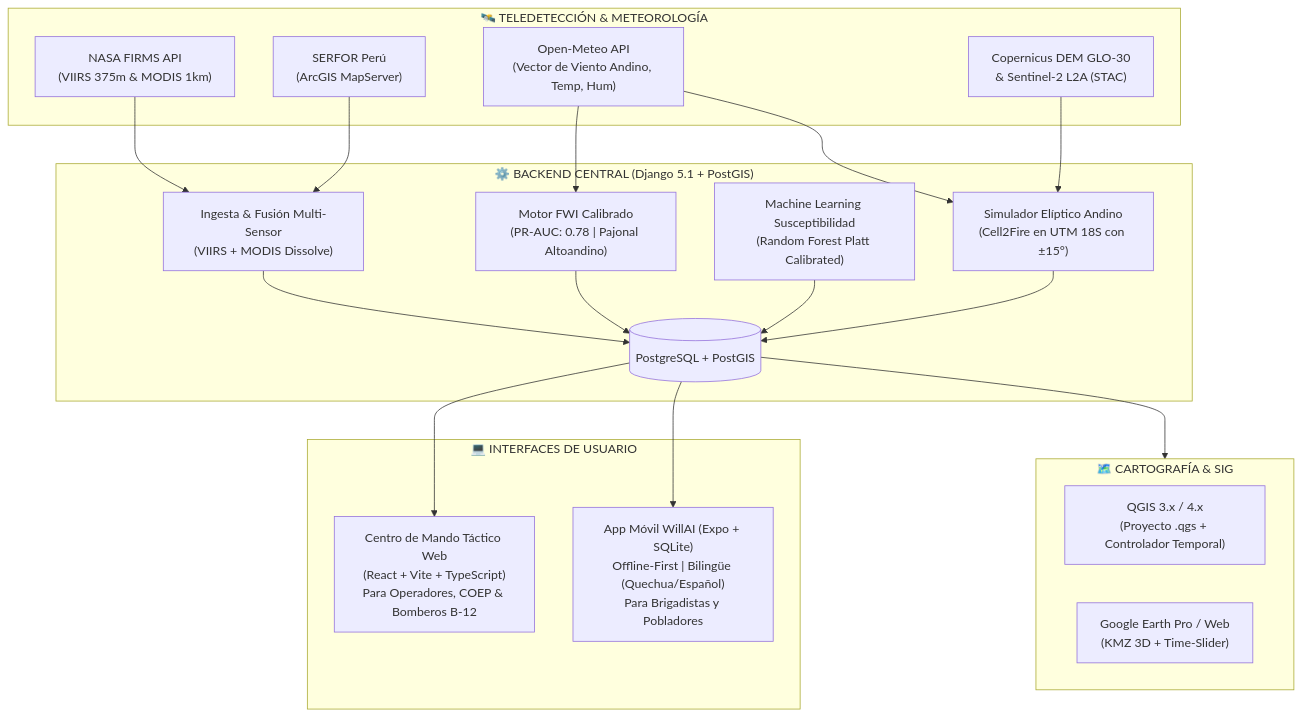
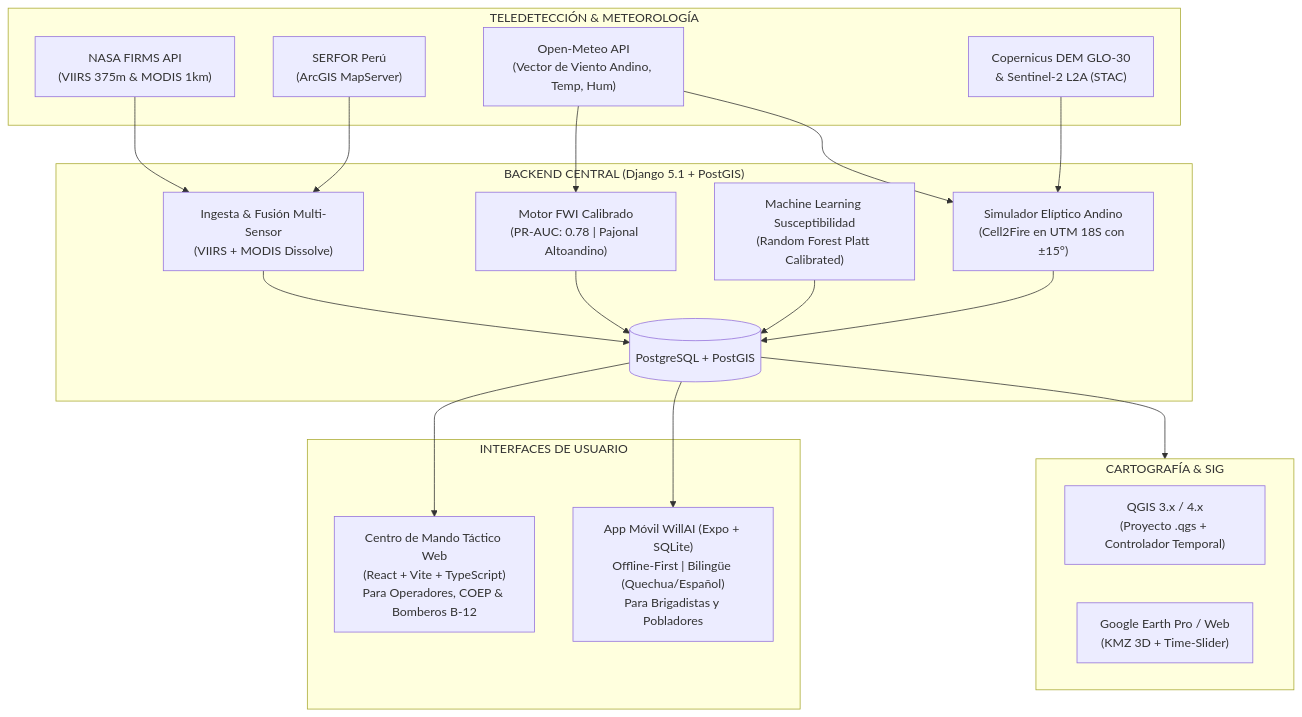
The diagram in README.md (marxcuadros24-png/WillAi-ML), drawn with Mermaid before and after one commit. The commit also changed other lines of this file, not shown here.

````diff
--- a/README.md
+++ b/README.md
@@ -24,41 +24,41 @@
 ```mermaid
 flowchart TD
-    subgraph Satelites["🛰️ TELEDETECCIÓN & METEOROLOGÍA"]
+    subgraph Satelites[" TELEDETECCIÓN & METEOROLOGÍA"]
         Nasa["NASA FIRMS API\n(VIIRS 375m & MODIS 1km)"]
         Serfor["SERFOR Perú\n(ArcGIS MapServer)"]
         Meteo["Open-Meteo API\n(Vector de Viento Andino, Temp, Hum)"]
         Copernicus["Copernicus DEM GLO-30\n& Sentinel-2 L2A (STAC)"]
     end
 
-    subgraph Backend["⚙️ BACKEND CENTRAL (Django 5.1 + PostGIS)"]
+    subgraph Backend[" BACKEND CENTRAL (Django 5.1 + PostGIS)"]
         Ingesta["Ingesta & Fusión Multi-Sensor\n(VIIRS + MODIS Dissolve)"]
         FWI["Motor FWI Calibrado\n(PR-AUC: 0.78 | Pajonal Altoandino)"]
         ML["Machine Learning Susceptibilidad\n(Random Forest Platt Calibrated)"]
         Simulador["Simulador Elíptico Andino\n(Cell2Fire en UTM 18S con ±15°)"]
         DB[(PostgreSQL + PostGIS)]
     end
 
-    subgraph ExportSIG["🗺️ CARTOGRAFÍA & SIG"]
+    subgraph ExportSIG["CARTOGRAFÍA & SIG"]
         QGIS["QGIS 3.x / 4.x\n(Proyecto .qgs + Controlador Temporal)"]
         GEarth["Google Earth Pro / Web\n(KMZ 3D + Time-Slider)"]
     end
 
-    subgraph Interfaces["💻 INTERFACES DE USUARIO"]
+    subgraph Interfaces[" INTERFACES DE USUARIO"]
         WebAdmin["Centro de Mando Táctico Web\n(React + Vite + TypeScript)\nPara Operadores, COEP & Bomberos B-12"]
         AppMovil["App Móvil WillAI (Expo + SQLite)\nOffline-First | Bilingüe (Quechua/Español)\nPara Brigadistas y Pobladores"]
     end
 
     Nasa --> Ingesta
     Serfor --> Ingesta
     Meteo --> FWI
     Meteo --> Simulador
     Copernicus --> Simulador
     Ingesta --> DB
     FWI --> DB
     ML --> DB
     Simulador --> DB
 
     DB --> ExportSIG
     DB --> WebAdmin
     DB --> AppMovil
 ```
````
